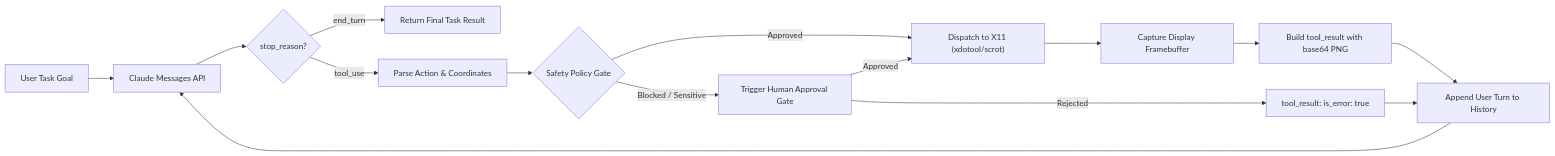
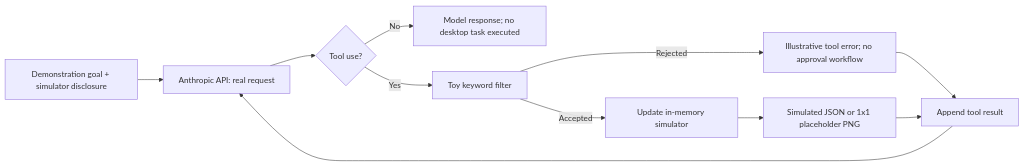
One commit to zeroshotstudio/zerolabs-recipes changed the diagram in recipes/claude/21-provision-sandbox-computer-use/blog-post.md. Above: the diagram before and after it, drawn with Mermaid. The commit also changed other lines of this file and 99 other files, not shown here.

````diff
--- a/recipes/claude/21-provision-sandbox-computer-use/blog-post.md
+++ b/recipes/claude/21-provision-sandbox-computer-use/blog-post.md
@@ -105,17 +41,13 @@
 ```mermaid
 flowchart LR
-    A["User Task Goal"] --> B["Claude Messages API"]
-    B --> C{"stop_reason?"}
-    C -- end_turn --> D["Return Final Task Result"]
-    C -- tool_use --> E["Parse Action & Coordinates"]
-    E --> F{"Safety Policy Gate"}
-    F -- Blocked / Sensitive --> G["Trigger Human Approval Gate"]
-    G -- Rejected --> H["tool_result: is_error: true"]
-    F -- Approved --> I["Dispatch to X11 (xdotool/scrot)"]
-    G -- Approved --> I
-    I --> J["Capture Display Framebuffer"]
-    J --> K["Build tool_result with base64 PNG"]
-    K --> L["Append User Turn to History"]
-    H --> L
-    L --> B
+    A["Demonstration goal + simulator disclosure"] --> B["Anthropic API: real request"]
+    B --> C{"Tool use?"}
+    C -- No --> D["Model response; no desktop task executed"]
+    C -- Yes --> E["Toy keyword filter"]
+    E -- Rejected --> F["Illustrative tool error; no approval workflow"]
+    E -- Accepted --> G["Update in-memory simulator"]
+    G --> H["Simulated JSON or 1x1 placeholder PNG"]
+    F --> I["Append tool result"]
+    H --> I
+    I --> B
 ```
````
